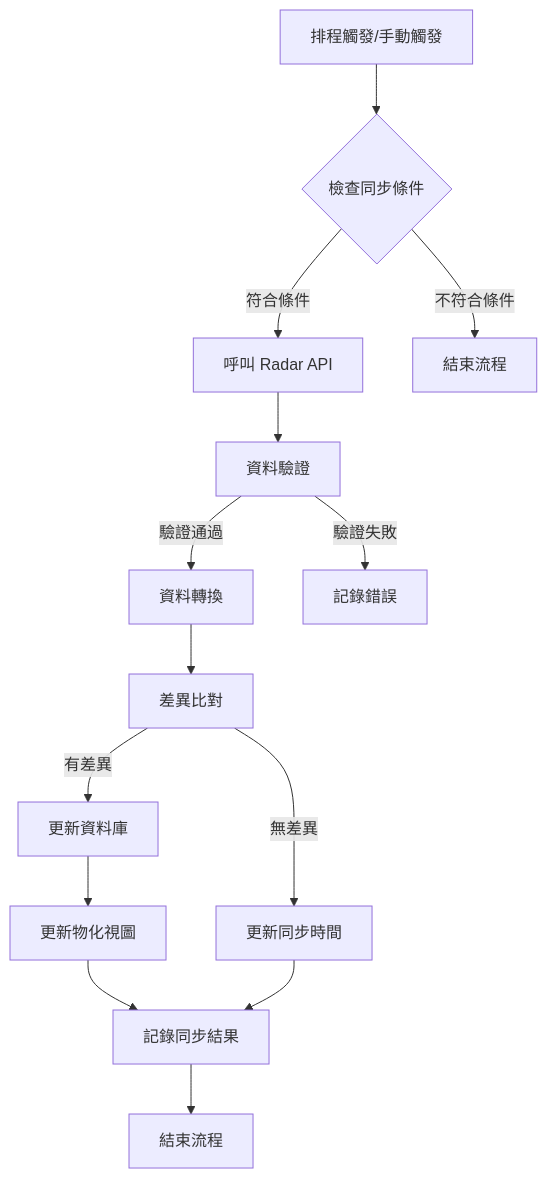
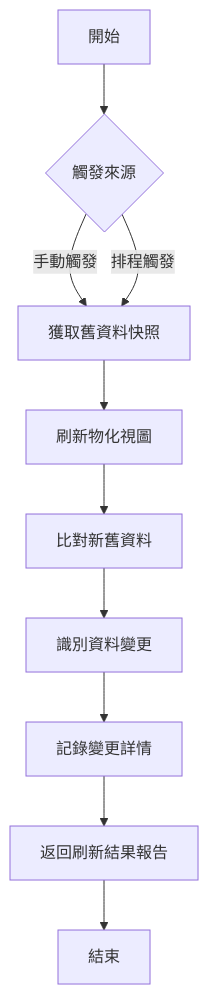
The fourth of 9 diagrams in docs/system_analysis.md (jeffchang001/ee-midd), drawn with Mermaid before and after one commit. The commit also changed other lines of this file and 1 other file, not shown here.

Commit message:
移除 BpmApi.pdf 文件，並更新 system_analysis.md 文件，將內容進行重組與擴充，新增專案背景、參考文件、術語與縮寫說明等章節，並詳細描述 SOGO 員工中台系統的需求分析與功能規格，提升文件的完整性與可讀性。

````diff
--- a/docs/system_analysis.md
+++ b/docs/system_analysis.md
@@ -435,16 +698,12 @@
 ```mermaid
 graph TD
-    A[排程觸發/手動觸發] --> B{檢查同步條件}
-    B -->|符合條件| C[呼叫 Radar API]
-    B -->|不符合條件| D[結束流程]
-    C --> E[資料驗證]
-    E -->|驗證通過| F[資料轉換]
-    E -->|驗證失敗| G[記錄錯誤]
-    F --> H[差異比對]
-    H -->|有差異| I[更新資料庫]
-    H -->|無差異| J[更新同步時間]
-    I --> K[更新物化視圖]
-    K --> L[記錄同步結果]
-    J --> L
-    L --> M[結束流程]
+    A[開始] --> B{觸發來源}
+    B -->|手動觸發| C[獲取舊資料快照]
+    B -->|排程觸發| C
+    C --> D[刷新物化視圖]
+    D --> E[比對新舊資料]
+    E --> F[識別資料變更]
+    F --> G[記錄變更詳情]
+    G --> H[返回刷新結果報告]
+    H --> I[結束]
 ```
````
